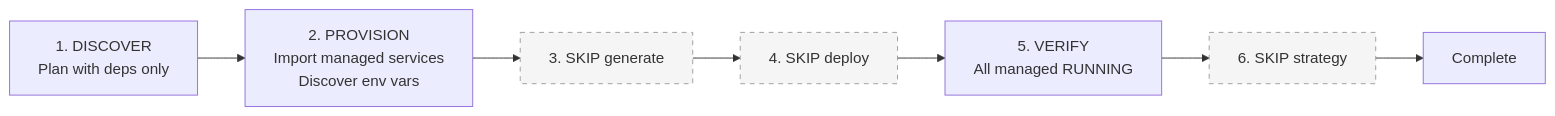
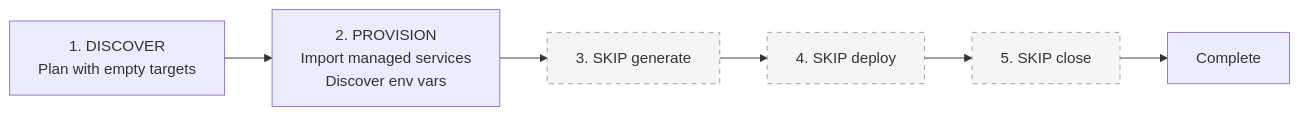
One commit to zeropsio/zcp changed the third of 8 diagrams in docs/spec-bootstrap-deploy.md. Above: the diagram before and after it, drawn with Mermaid. The commit also changed other lines of this file and 1 other file, not shown here.

First line of the commit message:
docs: update spec to 5-step bootstrap, add strategy gate, simplify plan

````diff
--- a/docs/spec-bootstrap-deploy.md
+++ b/docs/spec-bootstrap-deploy.md
@@ -560,13 +499,12 @@
 ```mermaid
 flowchart LR
-    D["1. DISCOVER<br/>Plan with deps only"] --> P["2. PROVISION<br/>Import managed services<br/>Discover env vars"]
+    D["1. DISCOVER<br/>Plan with empty targets"] --> P["2. PROVISION<br/>Import managed services<br/>Discover env vars"]
     P --> SG["3. SKIP generate"]
     SG --> SD["4. SKIP deploy"]
-    SD --> V["5. VERIFY<br/>All managed RUNNING"]
-    V --> SS["6. SKIP strategy"]
-    SS --> Done["Complete"]
+    SD --> SC["5. SKIP close"]
+    SC --> Done["Complete"]
 
     style SG fill:#f5f5f5,stroke:#9e9e9e,stroke-dasharray: 5 5
     style SD fill:#f5f5f5,stroke:#9e9e9e,stroke-dasharray: 5 5
-    style SS fill:#f5f5f5,stroke:#9e9e9e,stroke-dasharray: 5 5
+    style SC fill:#f5f5f5,stroke:#9e9e9e,stroke-dasharray: 5 5
 ```
````
